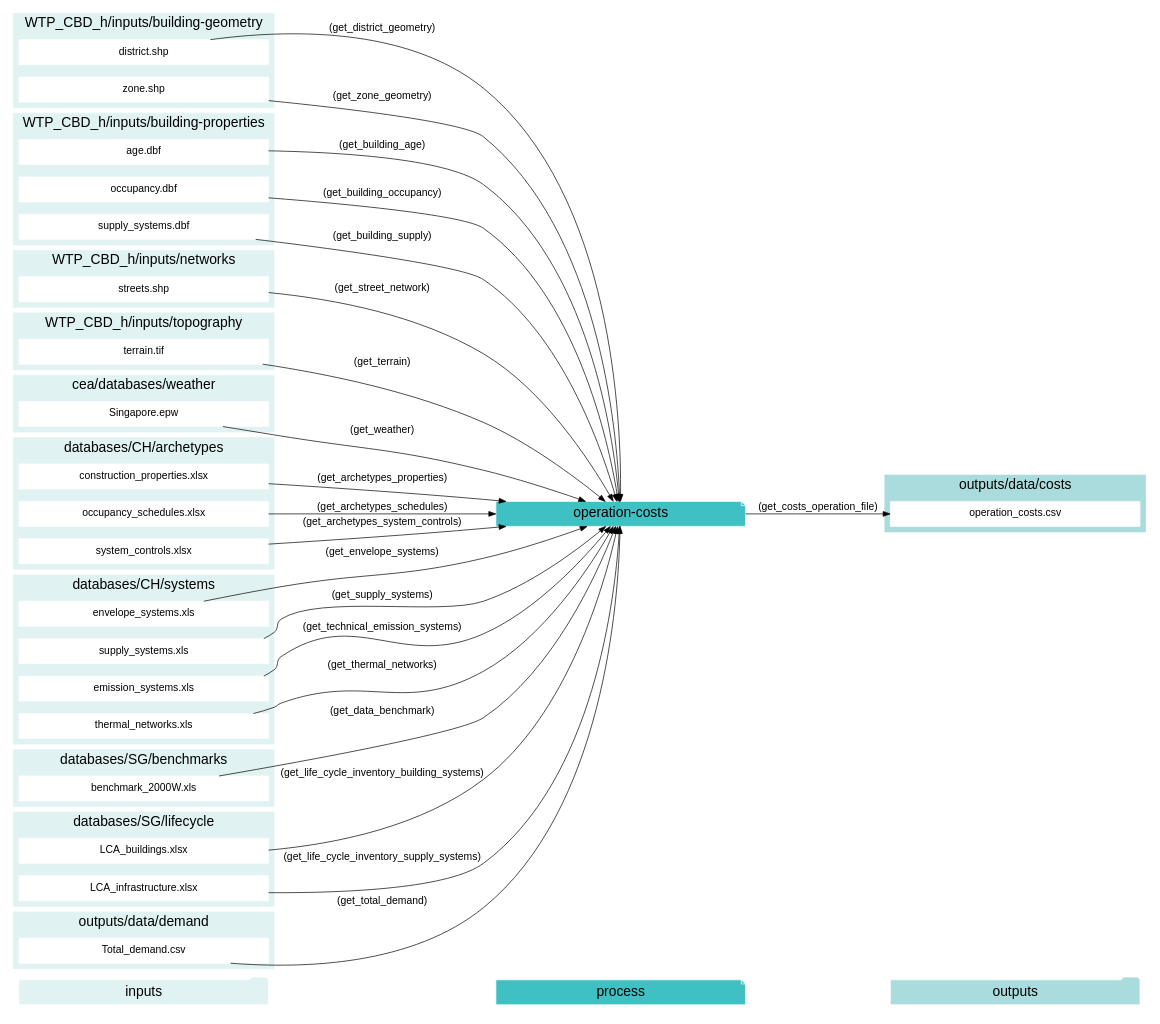
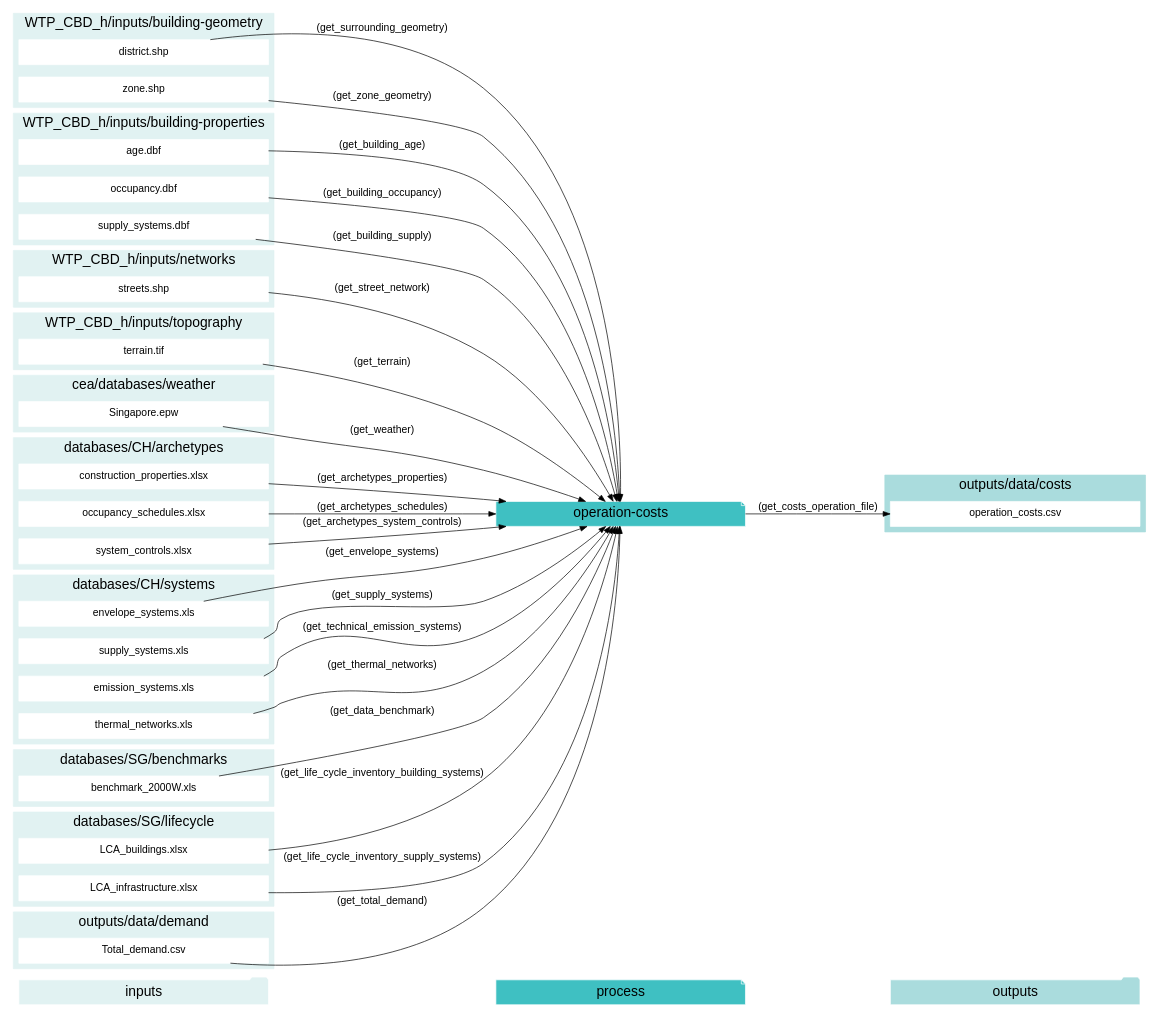
Before and after one commit to architecture-building-systems/CityEnergyAnalyst: the fourth of 12 diagrams in docs/script-data-flow.rst, drawn with Graphviz. The commit also changed other lines of this file and 9 other files, not shown here.

```diff
--- a/docs/script-data-flow.rst
+++ b/docs/script-data-flow.rst
@@ -548,7 +548,7 @@
     "occupancy.dbf" -> "operation-costs"[label="(get_building_occupancy)"]
     "supply_systems.dbf" -> "operation-costs"[label="(get_building_supply)"]
     "benchmark_2000W.xls" -> "operation-costs"[label="(get_data_benchmark)"]
-    "district.shp" -> "operation-costs"[label="(get_district_geometry)"]
+    "district.shp" -> "operation-costs"[label="(get_surrounding_geometry)"]
     "envelope_systems.xls" -> "operation-costs"[label="(get_envelope_systems)"]
     "LCA_buildings.xlsx" -> "operation-costs"[label="(get_life_cycle_inventory_building_systems)"]
     "LCA_infrastructure.xlsx" -> "operation-costs"[label="(get_life_cycle_inventory_supply_systems)"]
```
